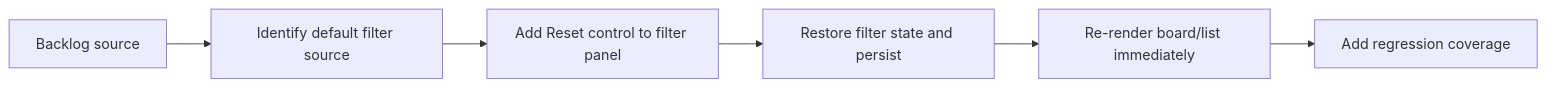
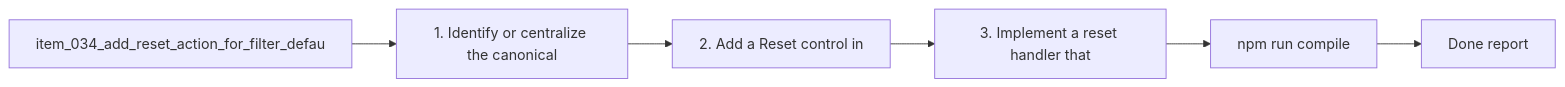
The diagram in logics/tasks/task_027_add_reset_action_for_filter_defaults.md (AlexAgo83/logics-manager), drawn with Mermaid before and after one commit. The commit also changed other lines of this file and 481 other files, not shown here.

````diff
--- a/logics/tasks/task_027_add_reset_action_for_filter_defaults.md
+++ b/logics/tasks/task_027_add_reset_action_for_filter_defaults.md
@@ -16,9 +17,10 @@
 ```mermaid
+%% logics-kind: task
 %% logics-signature: task|add-reset-action-to-restore-default-filt|item-034-add-reset-action-for-filter-def|1-identify-or-centralize-the-canonical|npm-run-compile
 flowchart LR
-    Backlog[Backlog source] --> Defaults[Identify default filter source]
-    Defaults --> UI[Add Reset control to filter panel]
-    UI --> State[Restore filter state and persist]
-    State --> Render[Re-render board/list immediately]
-    Render --> Tests[Add regression coverage]
+    Backlog[item_034_add_reset_action_for_filter_defau] --> Step1[1. Identify or centralize the canonical]
+    Step1 --> Step2[2. Add a Reset control in]
+    Step2 --> Step3[3. Implement a reset handler that]
+    Step3 --> Validation[npm run compile]
+    Validation --> Report[Done report]
 ```
````
